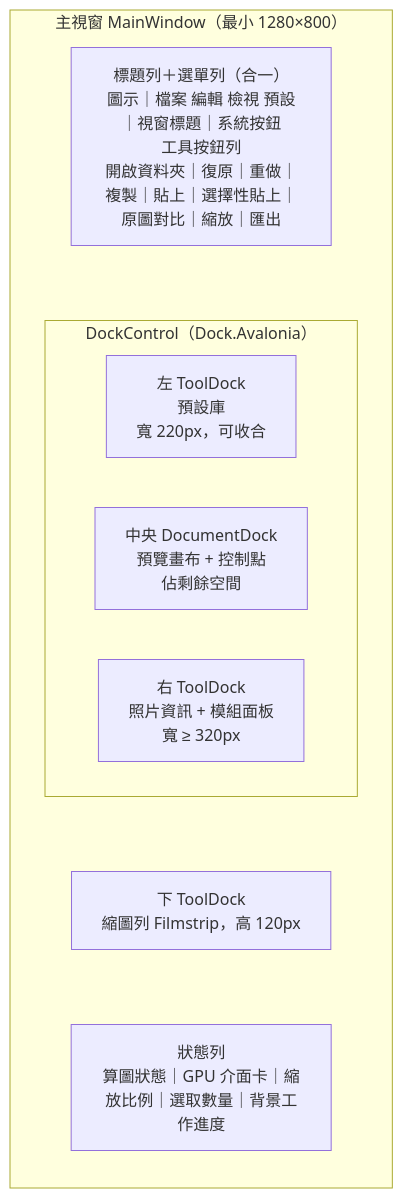
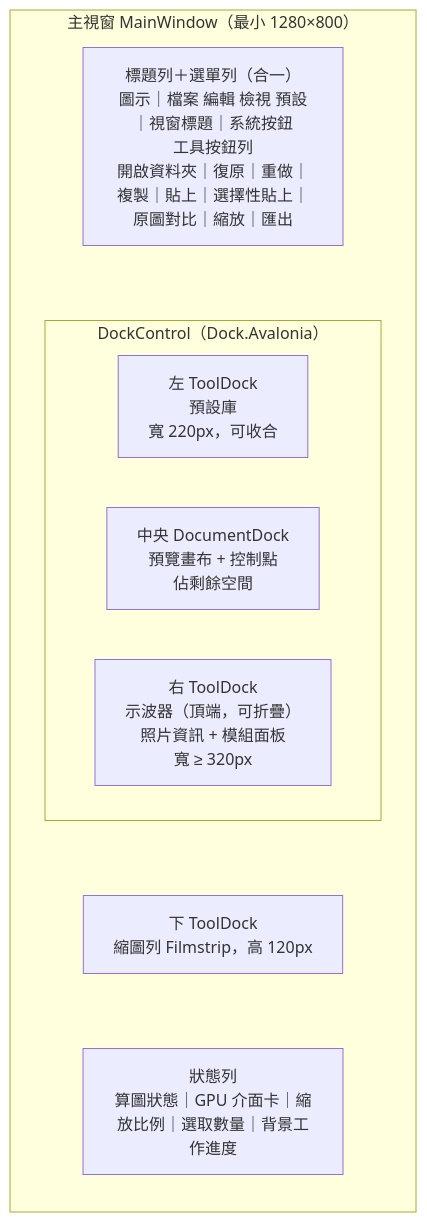
One commit to minexo79/FilmBatch changed the third of 23 diagrams in plan.md. Above: the diagram before and after it, drawn with Mermaid. The commit also changed other lines of this file and 34 other files, not shown here.

````diff
--- a/plan.md
+++ b/plan.md
@@ -208,16 +211,16 @@
 ```mermaid
 flowchart TB
     subgraph MW["主視窗 MainWindow（最小 1280×800）"]
         direction TB
         TB["標題列＋選單列（合一）<br/>圖示｜檔案 編輯 檢視 預設｜視窗標題｜系統按鈕<br/>工具按鈕列<br/>開啟資料夾｜復原｜重做｜複製｜貼上｜選擇性貼上｜原圖對比｜縮放｜匯出"]
         subgraph MID["DockControl（Dock.Avalonia）"]
             direction LR
             L["左 ToolDock<br/>預設庫<br/>寬 220px，可收合"]
             C["中央 DocumentDock<br/>預覽畫布 + 控制點<br/>佔剩餘空間"]
-            R["右 ToolDock<br/>照片資訊 + 模組面板<br/>寬 ≥ 320px"]
+            R["右 ToolDock<br/>示波器（頂端，可折疊）<br/>照片資訊 + 模組面板<br/>寬 ≥ 320px"]
         end
         F["下 ToolDock<br/>縮圖列 Filmstrip，高 120px"]
         S["狀態列<br/>算圖狀態｜GPU 介面卡｜縮放比例｜選取數量｜背景工作進度"]
         TB ~~~ MID ~~~ F ~~~ S
     end
 ```
````
